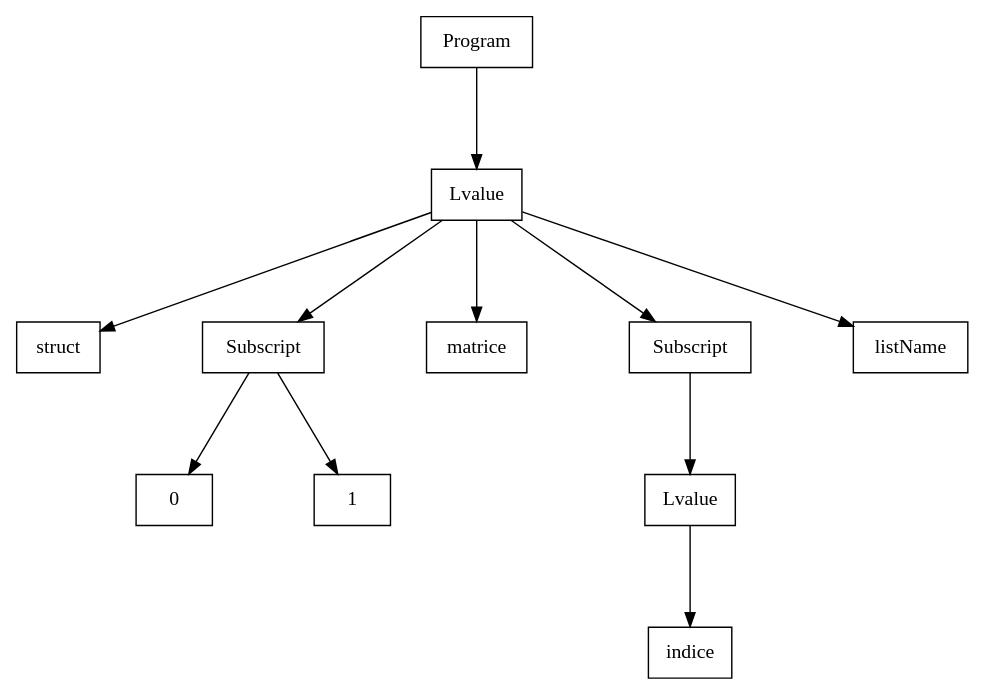
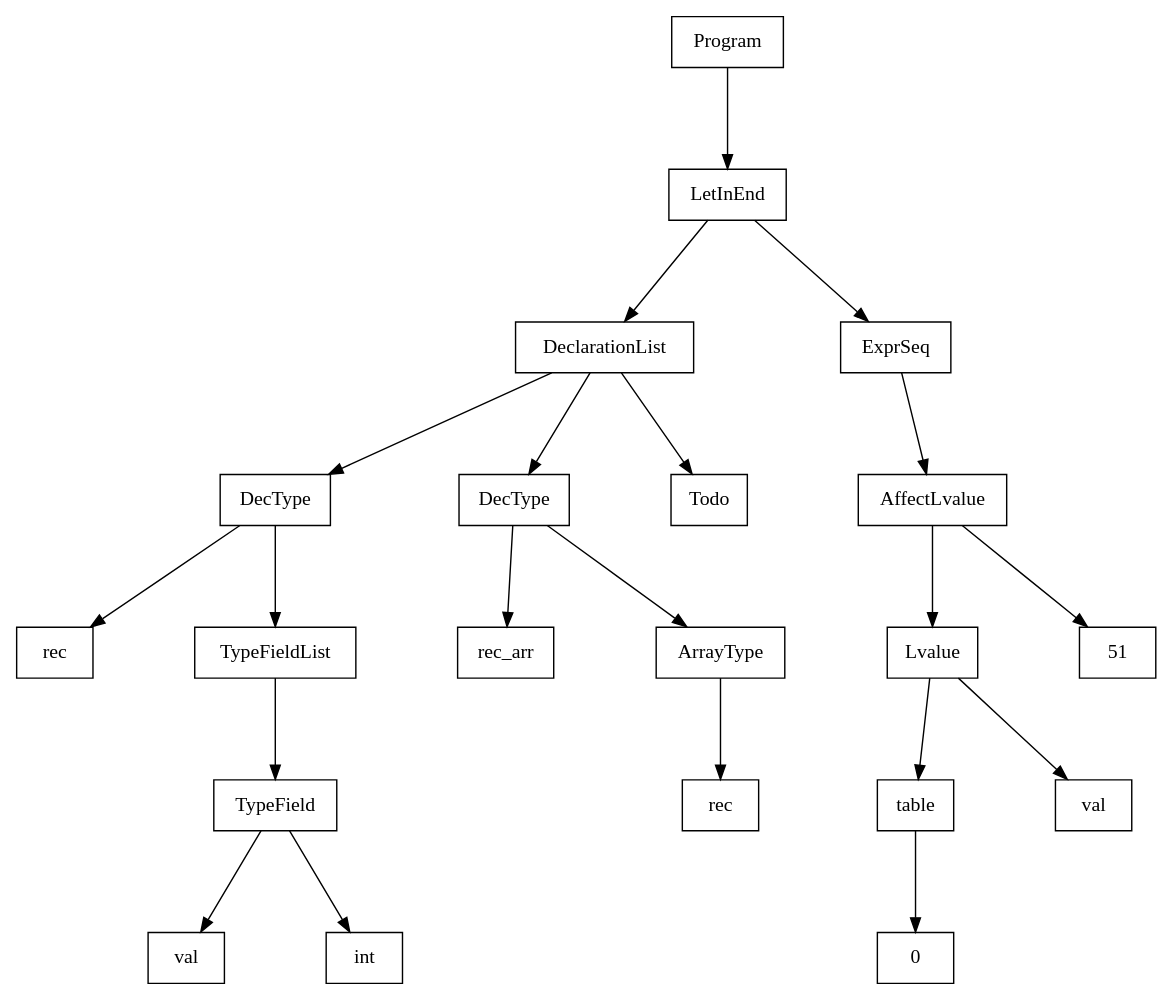
The diagram in out/tree.dot (smarsou/compiler-syntax-semantic-analysis), drawn with Graphviz before and after one commit. The commit also changed 21 other files, not shown here.

```diff
--- a/out/tree.dot
+++ b/out/tree.dot
@@ -1,28 +1,48 @@
 digraph "ast"{
 
 	nodesep=1;
 	ranksep=1;
 
 	N0 [label="Program", shape="box"];
-	N1 [label="Lvalue", shape="box"];
-	N2 [label="struct", shape="box"];
-	N3 [label="Subscript", shape="box"];
-	N4 [label="0", shape="box"];
-	N5 [label="1", shape="box"];
-	N6 [label="matrice", shape="box"];
-	N7 [label="Subscript", shape="box"];
-	N8 [label="Lvalue", shape="box"];
-	N9 [label="indice", shape="box"];
-	N10 [label="listName", shape="box"];
+	N1 [label="LetInEnd", shape="box"];
+	N2 [label="DeclarationList", shape="box"];
+	N3 [label="DecType", shape="box"];
+	N4 [label="rec", shape="box"];
+	N5 [label="TypeFieldList", shape="box"];
+	N6 [label="TypeField", shape="box"];
+	N7 [label="val", shape="box"];
+	N8 [label="int", shape="box"];
+	N9 [label="DecType", shape="box"];
+	N10 [label="rec_arr", shape="box"];
+	N11 [label="ArrayType", shape="box"];
+	N12 [label="rec", shape="box"];
+	N13 [label="Todo", shape="box"];
+	N14 [label="ExprSeq", shape="box"];
+	N15 [label="AffectLvalue", shape="box"];
+	N16 [label="Lvalue", shape="box"];
+	N17 [label="table", shape="box"];
+	N18 [label="0", shape="box"];
+	N19 [label="val", shape="box"];
+	N20 [label="51", shape="box"];
 
-	N1 -> N2; 
+	N6 -> N7; 
+	N6 -> N8; 
+	N5 -> N6; 
 	N3 -> N4; 
 	N3 -> N5; 
-	N1 -> N3; 
-	N1 -> N6; 
-	N8 -> N9; 
-	N7 -> N8; 
-	N1 -> N7; 
-	N1 -> N10; 
+	N2 -> N3; 
+	N11 -> N12; 
+	N9 -> N10; 
+	N9 -> N11; 
+	N2 -> N9; 
+	N2 -> N13; 
+	N1 -> N2; 
+	N17 -> N18; 
+	N16 -> N17; 
+	N16 -> N19; 
+	N15 -> N16; 
+	N15 -> N20; 
+	N14 -> N15; 
+	N1 -> N14; 
 	N0 -> N1; 
 }
```
